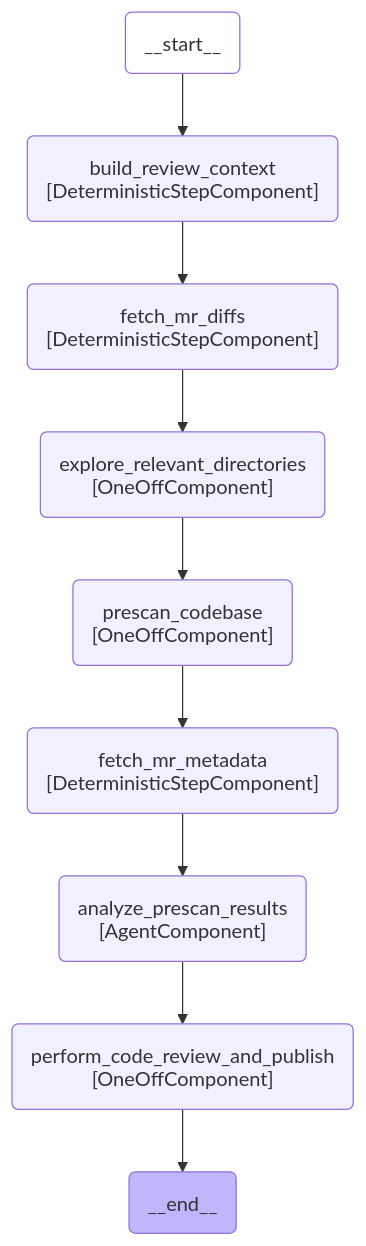
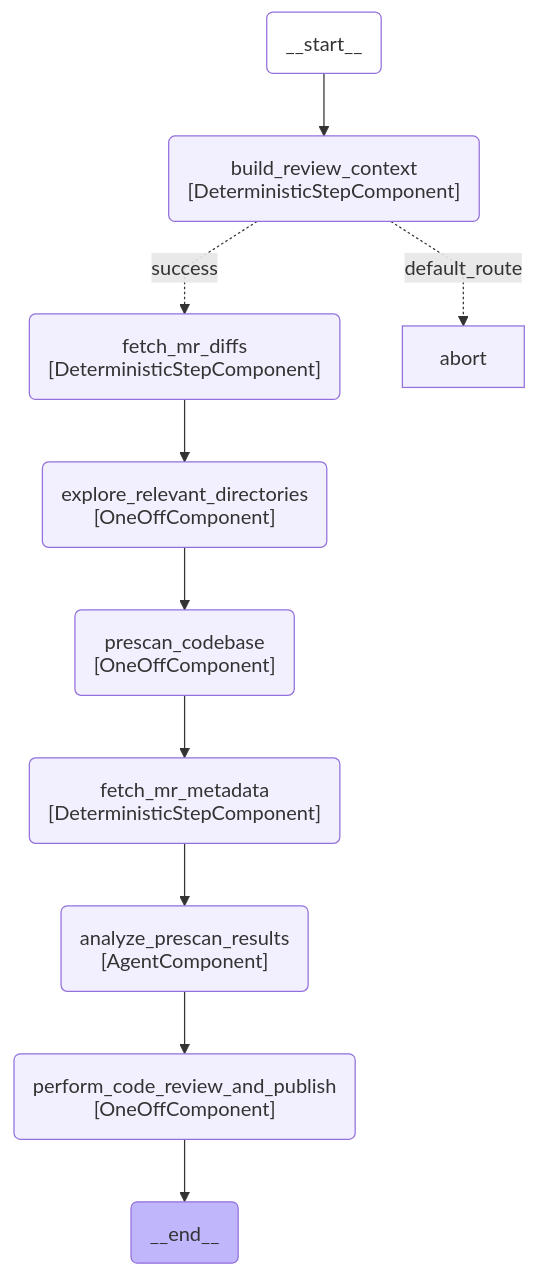
One commit to movax01h/ai-gateway changed diagram 12 of 41 in docs/duo_workflow_service_graphs.md. Above: the diagram before and after it, drawn with Mermaid. The commit also changed other lines of this file and 4 other files, not shown here.

Commit message:
fix(code-review): abort flow when merge_request_iid can't be resolved

````diff
--- a/docs/duo_workflow_service_graphs.md
+++ b/docs/duo_workflow_service_graphs.md
@@ -333,28 +333,29 @@
 ```mermaid
 ---
 config:
     flowchart:
         curve: linear
 ---
 graph TD;
     __start__(__start__):::first;
     __end__(__end__):::last;
     __start__ --> build_review_context;
     build_review_context(build_review_context<br>#91;DeterministicStepComponent#93;);
     fetch_mr_diffs(fetch_mr_diffs<br>#91;DeterministicStepComponent#93;);
     explore_relevant_directories(explore_relevant_directories<br>#91;OneOffComponent#93;);
     prescan_codebase(prescan_codebase<br>#91;OneOffComponent#93;);
     fetch_mr_metadata(fetch_mr_metadata<br>#91;DeterministicStepComponent#93;);
     analyze_prescan_results(analyze_prescan_results<br>#91;AgentComponent#93;);
     perform_code_review_and_publish(perform_code_review_and_publish<br>#91;OneOffComponent#93;);
-    build_review_context --> fetch_mr_diffs;
+    build_review_context -.->|success| fetch_mr_diffs;
+    build_review_context -.->|default_route| abort;
     fetch_mr_diffs --> explore_relevant_directories;
     explore_relevant_directories --> prescan_codebase;
     prescan_codebase --> fetch_mr_metadata;
     fetch_mr_metadata --> analyze_prescan_results;
     analyze_prescan_results --> perform_code_review_and_publish;
     perform_code_review_and_publish --> __end__;
     classDef default fill:#f2f0ff,line-height:1.2;
     classDef first fill-opacity:0;
     classDef last fill:#bfb6fc;
 ```
````
